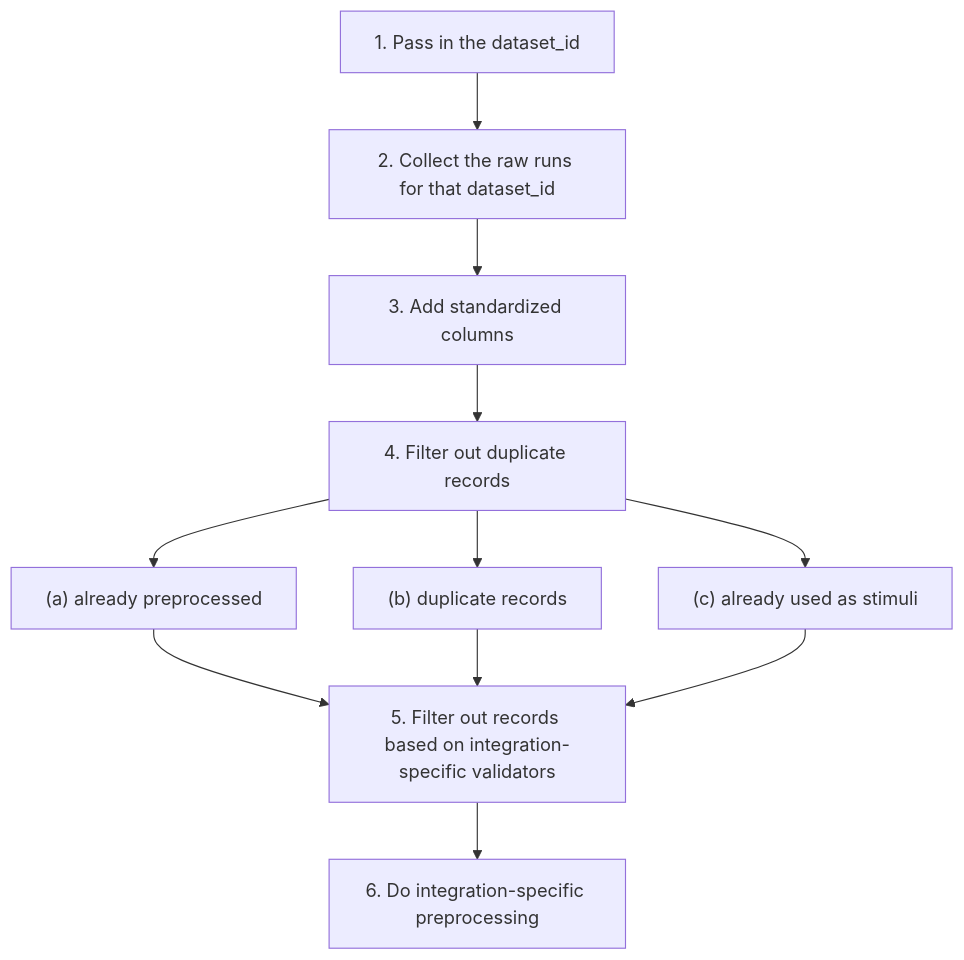
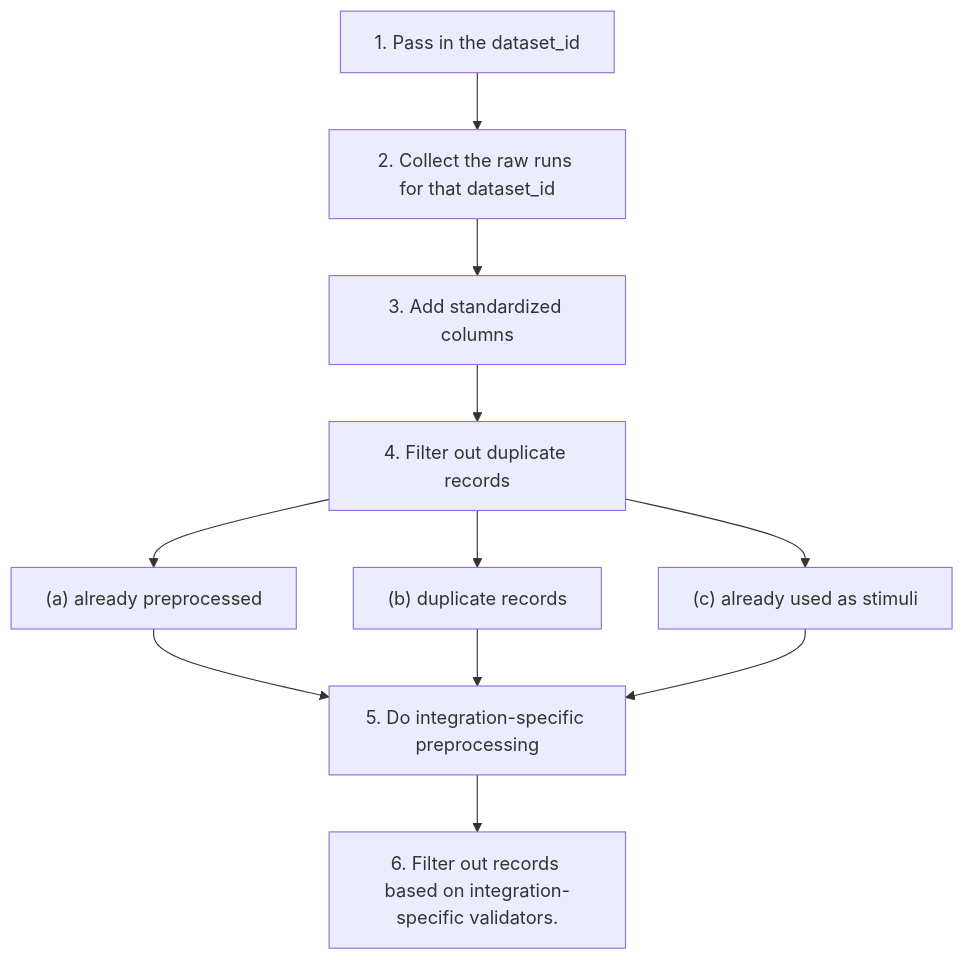
Before and after one commit to METResearchGroup/mirrorView-task: the diagram in data_platform/preprocessing/README.md, drawn with Mermaid.

Commit message:
wip: refactor preprocessing

````diff
--- a/data_platform/preprocessing/README.md
+++ b/data_platform/preprocessing/README.md
@@ -16,21 +16,21 @@
 ```mermaid
 flowchart TD
   step1["1. Pass in the dataset_id"]
   step2["2. Collect the raw runs for that dataset_id"]
   step3["3. Add standardized columns"]
   step4["4. Filter out duplicate records"]
   step4a["(a) already preprocessed"]
   step4b["(b) duplicate records"]
   step4c["(c) already used as stimuli"]
-  step5["5. Filter out records based on integration-specific validators"]
-  step6["6. Do integration-specific preprocessing"]
+  step5["5. Do integration-specific preprocessing"]
+  step6["6. Filter out records based on integration-specific validators."]
 
   step1 --> step2 --> step3 --> step4
   step4 --> step4a
   step4 --> step4b
   step4 --> step4c
   step4a --> step5
   step4b --> step5
   step4c --> step5
   step5 --> step6
 ```
````
